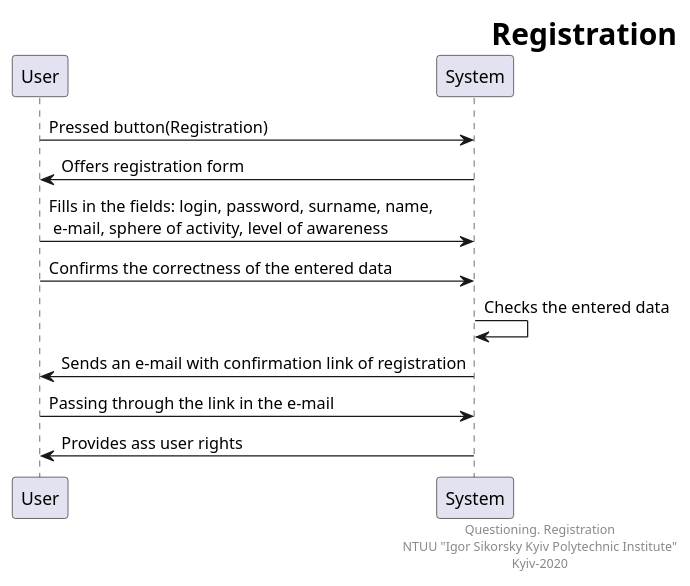
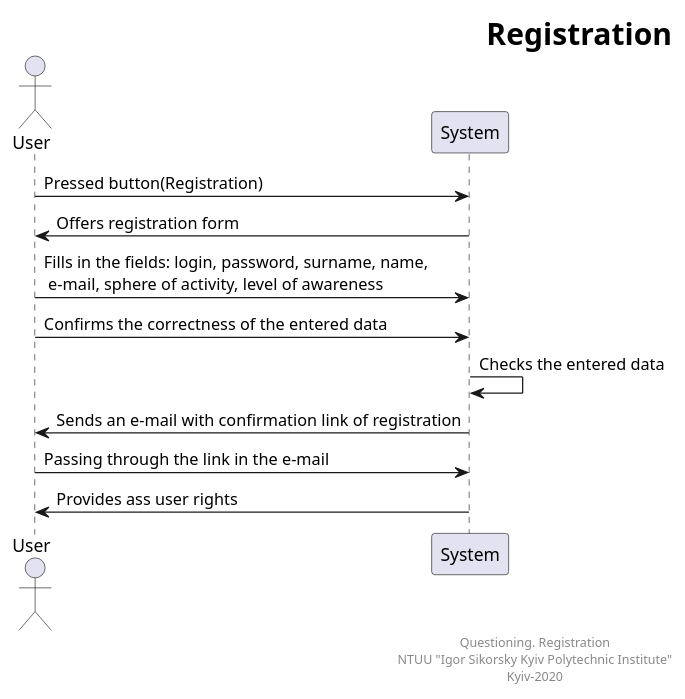
Before and after one commit to teramont/databaseQuestioning: the diagram in Information/Diagrams/usecasemodel/usecases/registration.pu, drawn with PlantUML.

```diff
--- a/Information/Diagrams/usecasemodel/usecases/registration.pu
+++ b/Information/Diagrams/usecasemodel/usecases/registration.pu
@@ -1,21 +1,22 @@
 @startuml
 right header
 <font size=24 color=black><b>Registration
 end header
 
+actor User
 
 User -> System: Pressed button(Registration)
 System -> User: Offers registration form
 User -> System: Fills in the fields: login, password, surname, name,\n e-mail, sphere of activity, level of awareness
 User -> System: Confirms the correctness of the entered data
 System -> System: Checks the entered data
 System -> User: Sends an e-mail with confirmation link of registration
 User -> System: Passing through the link in the e-mail
 System -> User: Provides ass user rights
 
 right footer
 Questioning. Registration
 NTUU "Igor Sikorsky Kyiv Polytechnic Institute"
 Kyiv-2020
 end footer
 @enduml
```
